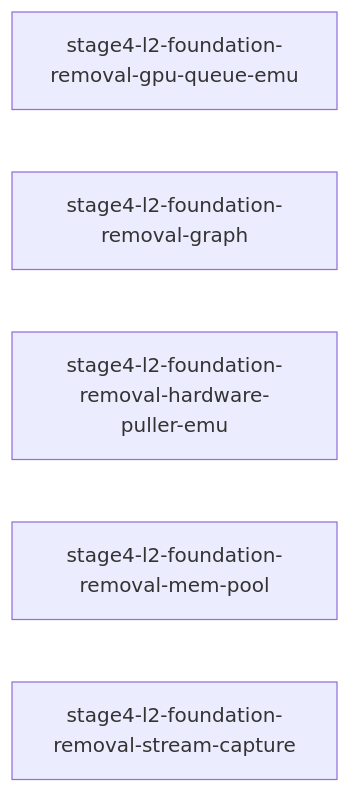
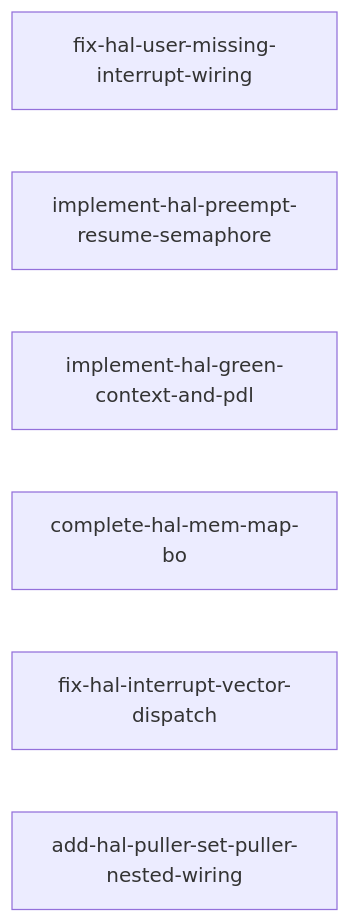
Before and after one commit to chisuhua/UsrLinuxEmu: the diagram in .rddf/state/.deps-output.md, drawn with Mermaid. The commit also changed other lines of this file and 38 other files, not shown here.

First line of the commit message:
plan: fill 6 hal-user HAL wiring changes (P0/P1/P2, stage 4.3/4.5/4.6)

````diff
--- a/.rddf/state/.deps-output.md
+++ b/.rddf/state/.deps-output.md
@@ -8,8 +8,9 @@
 ```mermaid
 flowchart LR
-    stage4-l2-foundation-removal-gpu-queue-emu[stage4-l2-foundation-removal-gpu-queue-emu]
-    stage4-l2-foundation-removal-graph[stage4-l2-foundation-removal-graph]
-    stage4-l2-foundation-removal-hardware-puller-emu[stage4-l2-foundation-removal-hardware-puller-emu]
-    stage4-l2-foundation-removal-mem-pool[stage4-l2-foundation-removal-mem-pool]
-    stage4-l2-foundation-removal-stream-capture[stage4-l2-foundation-removal-stream-capture]
+    fix-hal-user-missing-interrupt-wiring[fix-hal-user-missing-interrupt-wiring]
+    implement-hal-preempt-resume-semaphore[implement-hal-preempt-resume-semaphore]
+    implement-hal-green-context-and-pdl[implement-hal-green-context-and-pdl]
+    complete-hal-mem-map-bo[complete-hal-mem-map-bo]
+    fix-hal-interrupt-vector-dispatch[fix-hal-interrupt-vector-dispatch]
+    add-hal-puller-set-puller-nested-wiring[add-hal-puller-set-puller-nested-wiring]
 ```
````
